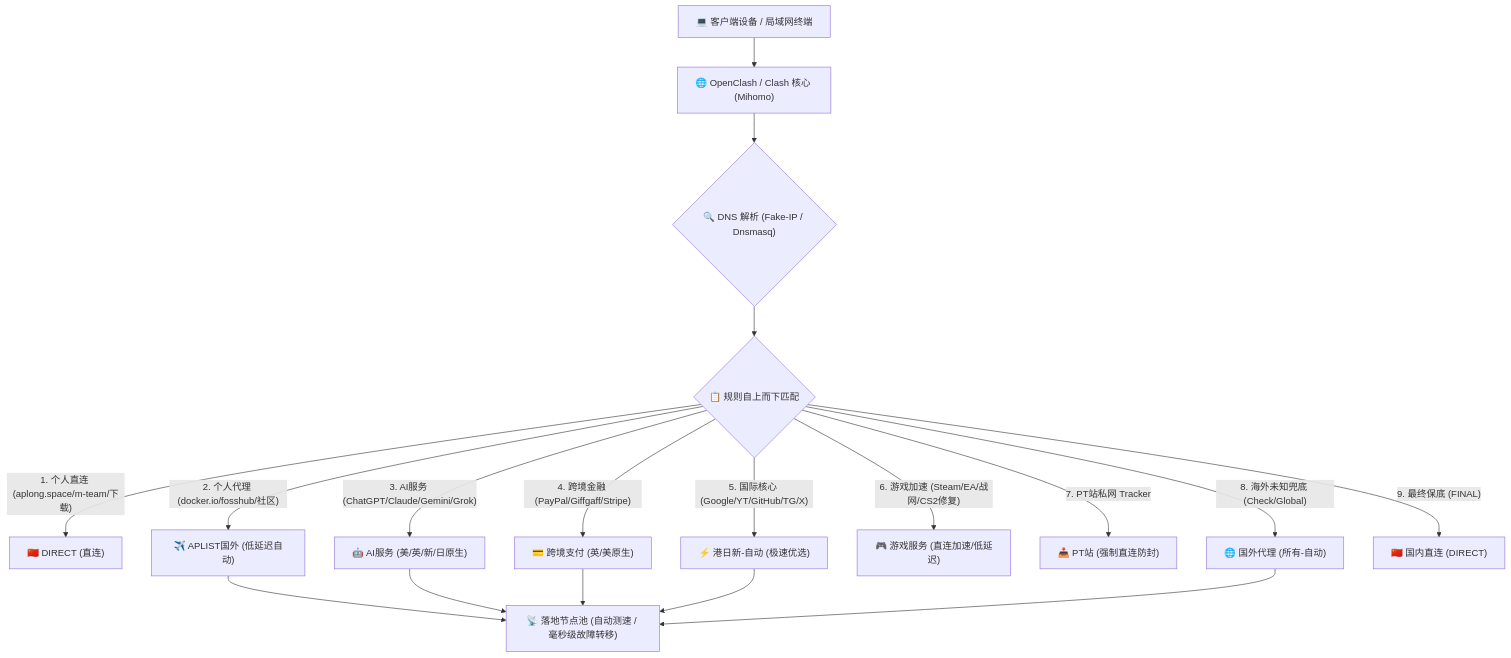
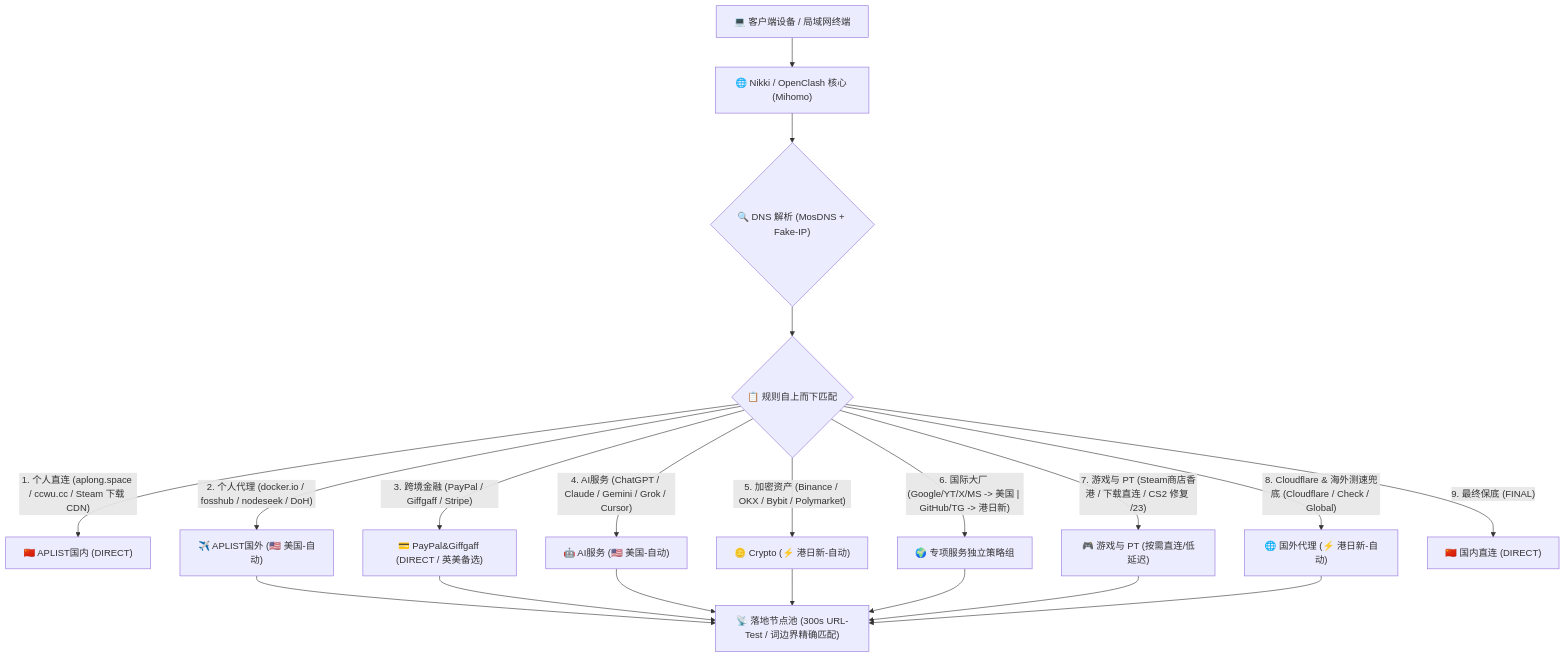
The diagram in README.md (Apocalypse-Long/clash), drawn with Mermaid before and after one commit. The commit also changed other lines of this file and 21 other files, not shown here.

````diff
--- a/README.md
+++ b/README.md
@@ -20,23 +20,25 @@
 ```mermaid
 flowchart TD
-    Client["💻 客户端设备 / 局域网终端"] --> Router["🌐 OpenClash / Clash 核心 (Mihomo)"]
-    Router --> DNS{"🔍 DNS 解析 (Fake-IP / Dnsmasq)"}
-    
+    Client["💻 客户端设备 / 局域网终端"] --> Router["🌐 Nikki / OpenClash 核心 (Mihomo)"]
+    Router --> DNS{"🔍 DNS 解析 (MosDNS + Fake-IP)"}
+
     DNS --> Rules{"📋 规则自上而下匹配"}
-    
-    Rules -->|"1. 个人直连 (aplong.space/m-team/下载)"| Direct["🇨🇳 DIRECT (直连)"]
-    Rules -->|"2. 个人代理 (docker.io/fosshub/社区)"| ProxyCustom["✈️ APLIST国外 (低延迟自动)"]
-    Rules -->|"3. AI服务 (ChatGPT/Claude/Gemini/Grok)"| AI["🤖 AI服务 (美/英/新/日原生)"]
-    Rules -->|"4. 跨境金融 (PayPal/Giffgaff/Stripe)"| Pay["💳 跨境支付 (英/美原生)"]
-    Rules -->|"5. 国际核心 (Google/YT/GitHub/TG/X)"| Intl["⚡ 港日新-自动 (极速优选)"]
-    Rules -->|"6. 游戏加速 (Steam/EA/战网/CS2修复)"| Game["🎮 游戏服务 (直连加速/低延迟)"]
-    Rules -->|"7. PT站私网 Tracker"| PT["📥 PT站 (强制直连防封)"]
-    Rules -->|"8. 海外未知兜底 (Check/Global)"| Global["🌐 国外代理 (所有-自动)"]
+
+    Rules -->|"1. 个人直连 (aplong.space / ccwu.cc / Steam 下载 CDN)"| Direct["🇨🇳 APLIST国内 (DIRECT)"]
+    Rules -->|"2. 个人代理 (docker.io / fosshub / nodeseek / DoH)"| ProxyCustom["✈️ APLIST国外 (🇺🇸 美国-自动)"]
+    Rules -->|"3. 跨境金融 (PayPal / Giffgaff / Stripe)"| Pay["💳 PayPal&Giffgaff (DIRECT / 英美备选)"]
+    Rules -->|"4. AI服务 (ChatGPT / Claude / Gemini / Grok / Cursor)"| AI["🤖 AI服务 (🇺🇸 美国-自动)"]
+    Rules -->|"5. 加密资产 (Binance / OKX / Bybit / Polymarket)"| Crypto["🪙 Crypto (⚡ 港日新-自动)"]
+    Rules -->|"6. 国际大厂 (Google/YT/X/MS -> 美国 | GitHub/TG -> 港日新)"| Intl["🌍 专项服务独立策略组"]
+    Rules -->|"7. 游戏与 PT (Steam商店香港 / 下载直连 / CS2 修复 /23)"| Game["🎮 游戏与 PT (按需直连/低延迟)"]
+    Rules -->|"8. Cloudflare & 海外测速兜底 (Cloudflare / Check / Global)"| Global["🌐 国外代理 (⚡ 港日新-自动)"]
     Rules -->|"9. 最终保底 (FINAL)"| FinalDirect["🇨🇳 国内直连 (DIRECT)"]
 
-    ProxyCustom --> Nodes["📡 落地节点池 (自动测速 / 毫秒级故障转移)"]
+    ProxyCustom --> Nodes["📡 落地节点池 (300s URL-Test / 词边界精确匹配)"]
+    Pay --> Nodes
     AI --> Nodes
-    Pay --> Nodes
+    Crypto --> Nodes
     Intl --> Nodes
+    Game --> Nodes
     Global --> Nodes
 ```
````
